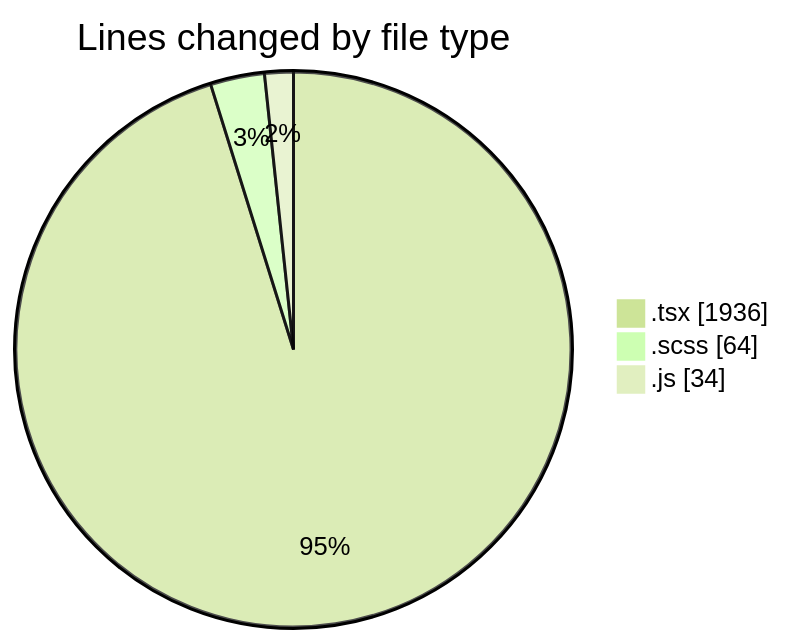
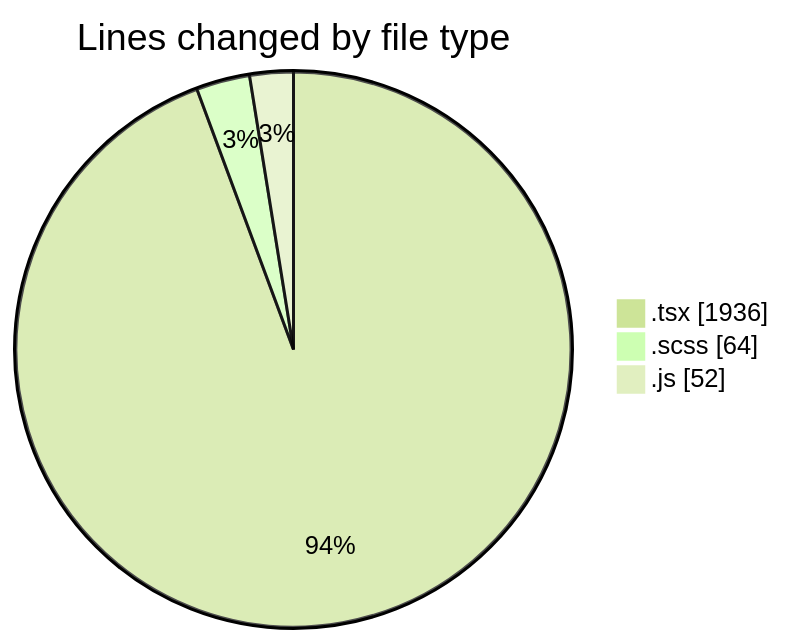
One commit to momahboobian/code-tracking changed the first of 2 diagrams in 2025-06-16/cda/README.md. Above: the diagram before and after it, drawn with Mermaid (forest theme). The commit also changed other lines of this file and 1 other file, not shown here.

````diff
--- a/2025-06-16/cda/README.md
+++ b/2025-06-16/cda/README.md
@@ -27,7 +27,7 @@
 ```mermaid
 pie showData
 title Lines changed by file type
 ".tsx" : 1936
 ".scss" : 64
-".js" : 34
+".js" : 52
 ```
````
